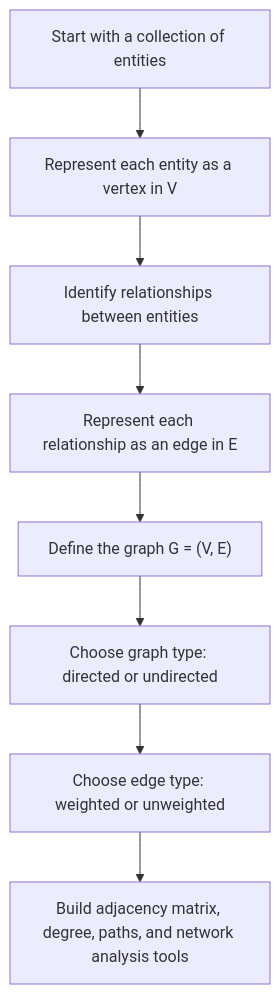
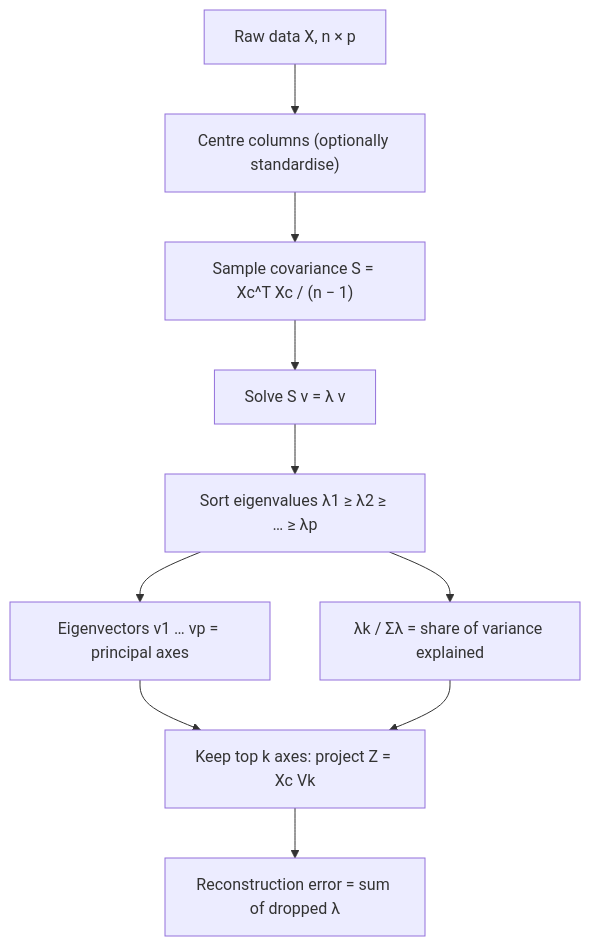
Before and after one commit to RafaelBraga-Kribitz/braga-portfolio-v2: the diagram in vault/Notes/en/06_ml_math/machine_learning_algorithms/dimensionality_reduction_principal_component_analysis_pca/eigenvector_equation_principal_axes.md, drawn with Mermaid. The commit also changed other lines of this file and 25 other files, not shown here.

````diff
--- a/vault/Notes/en/06_ml_math/machine_learning_algorithms/dimensionality_reduction_principal_component_analysis_pca/eigenvector_equation_principal_axes.md
+++ b/vault/Notes/en/06_ml_math/machine_learning_algorithms/dimensionality_reduction_principal_component_analysis_pca/eigenvector_equation_principal_axes.md
@@ -62,10 +23,12 @@
 ```mermaid
 flowchart TD
-    A["Start with a collection of entities"] --> B["Represent each entity as a vertex in V"]
-    B --> C["Identify relationships between entities"]
-    C --> D["Represent each relationship as an edge in E"]
-    D --> E["Define the graph G = (V, E)"]
-    E --> F["Choose graph type: directed or undirected"]
-    F --> G["Choose edge type: weighted or unweighted"]
-    G --> H["Build adjacency matrix, degree, paths, and network analysis tools"]
+    A["Raw data X, n × p"] --> B["Centre columns (optionally standardise)"]
+    B --> C["Sample covariance S = Xc^T Xc / (n − 1)"]
+    C --> D["Solve S v = λ v"]
+    D --> E["Sort eigenvalues λ1 ≥ λ2 ≥ … ≥ λp"]
+    E --> F["Eigenvectors v1 … vp = principal axes"]
+    E --> G["λk / Σλ = share of variance explained"]
+    F --> H["Keep top k axes: project Z = Xc Vk"]
+    G --> H
+    H --> I["Reconstruction error = sum of dropped λ"]
 ```
````
